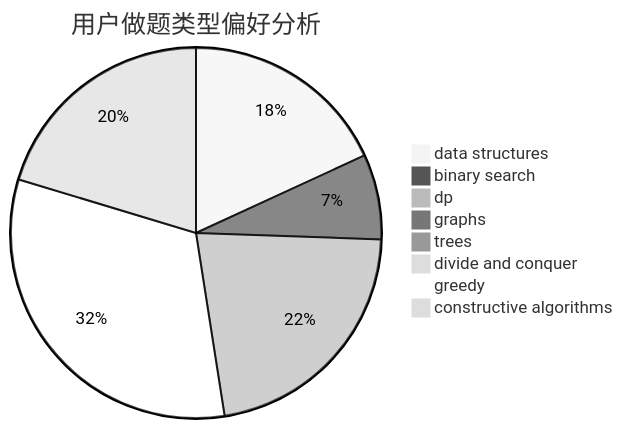
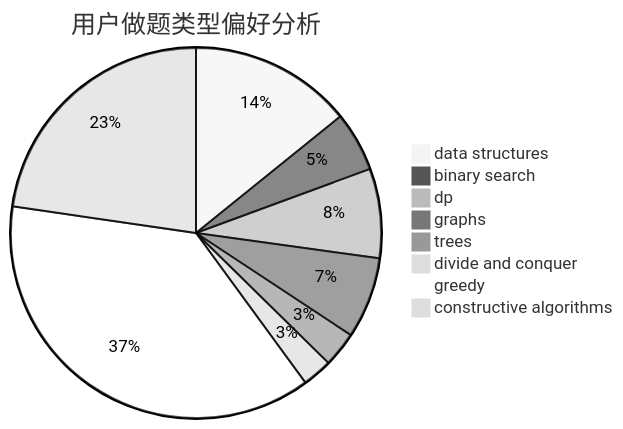
The second of 3 diagrams in docs/user/u1584.md (sherpahu/cfrs.github.io), drawn with Mermaid (neutral theme) before and after one commit. The commit also changed other lines of this file and 2770 other files, not shown here.

````diff
--- a/docs/user/u1584.md
+++ b/docs/user/u1584.md
@@ -23,11 +23,11 @@
 ```mermaid
 pie title 用户做题类型偏好分析
-    "data structures" :  66
-    "binary search" :  27
-    "dp" :  80
-    "graphs" :  1
-    "trees" :  0
-    "divide and conquer" :  0
-    "greedy" :  117
-    "constructive algorithms" :  74
+    "data structures" :  60
+    "binary search" :  22
+    "dp" :  33
+    "graphs" :  30
+    "trees" :  13
+    "divide and conquer" :  11
+    "greedy" :  158
+    "constructive algorithms" :  96
 ```
````
